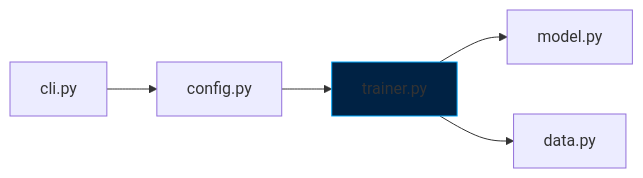
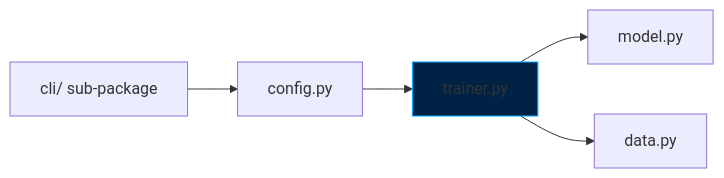
One commit to HodeTech/ForgeLM changed the diagram in docs/standards/documentation.md. Above: the diagram before and after it, drawn with Mermaid. The commit also changed other lines of this file and 20 other files, not shown here.

````diff
--- a/docs/standards/documentation.md
+++ b/docs/standards/documentation.md
@@ -217,9 +217,9 @@
 ```mermaid
 graph LR
-    CLI[cli.py] --> CONFIG[config.py]
+    CLI[cli/ sub-package] --> CONFIG[config.py]
     CONFIG --> TRAINER[trainer.py]
     TRAINER --> MODEL[model.py]
     TRAINER --> DATA[data.py]
 
     style TRAINER fill:#002244,stroke:#00aaff
 ```
````
